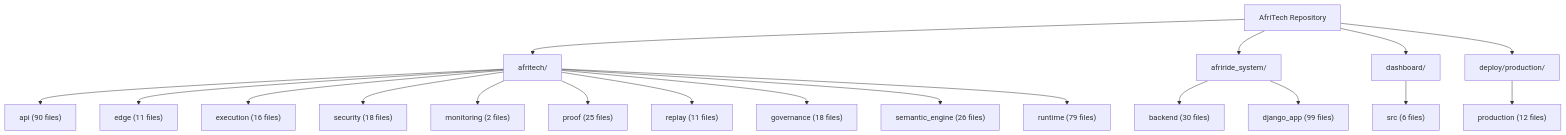
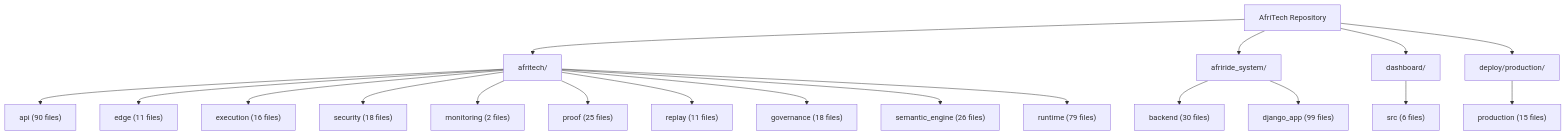
Before and after one commit to Strelly2023/afritelematics: the second of 2 diagrams in docs/architecture/AFRITECH_FULL_ARCHITECTURE_GRAPH.md, drawn with Mermaid. The commit also changed other lines of this file and 12 other files, not shown here.

````diff
--- a/docs/architecture/AFRITECH_FULL_ARCHITECTURE_GRAPH.md
+++ b/docs/architecture/AFRITECH_FULL_ARCHITECTURE_GRAPH.md
@@ -64,23 +64,23 @@
 ```mermaid
 flowchart TD
     Root["AfriTech Repository"] --> Core["afritech/"]
     Root --> Ride["afriride_system/"]
     Root --> Ui["dashboard/"]
     Root --> Deploy["deploy/production/"]
 
     Core --> Api["api (90 files)"]
     Core --> Edge["edge (11 files)"]
     Core --> Execution["execution (16 files)"]
     Core --> Security["security (18 files)"]
     Core --> Monitoring["monitoring (2 files)"]
     Core --> Proof["proof (25 files)"]
     Core --> Replay["replay (11 files)"]
     Core --> Governance["governance (18 files)"]
     Core --> Semantic["semantic_engine (26 files)"]
     Core --> Runtime["runtime (79 files)"]
 
     Ride --> Backend["backend (30 files)"]
     Ride --> Django["django_app (99 files)"]
     Ui --> Dashboard["src (6 files)"]
-    Deploy --> Production["production (12 files)"]
+    Deploy --> Production["production (15 files)"]
 ```
````
